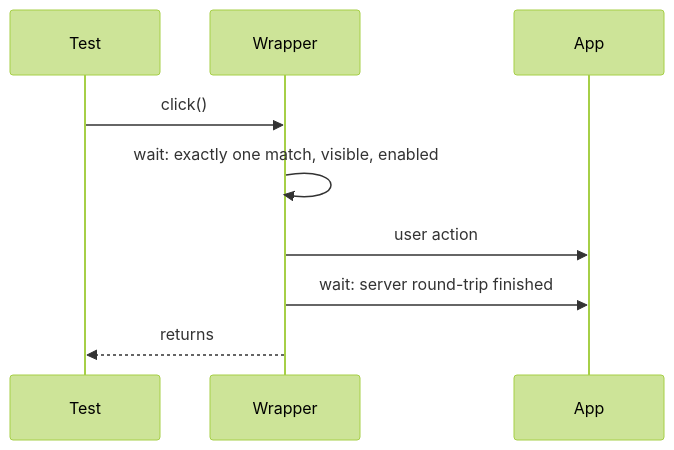
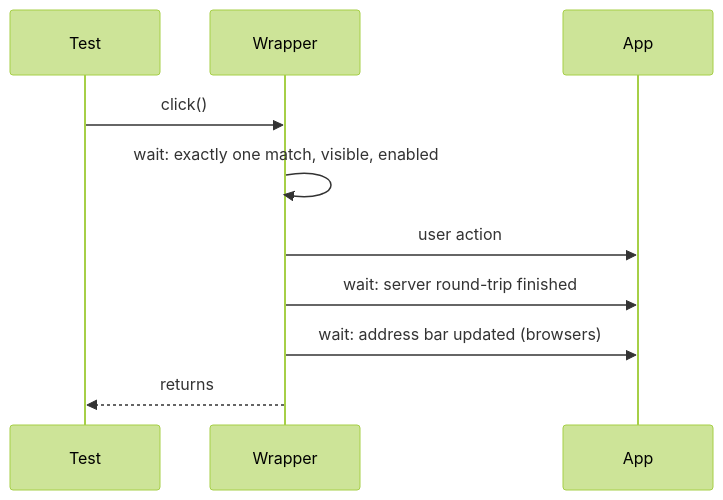
Before and after one commit to parttio/unified-testing-tool: the diagram in docs/spec/05-waiting.md, drawn with Mermaid (forest theme). The commit also changed other lines of this file and 8 other files, not shown here.

First line of the commit message:
Auto-Wait waits for the address bar after a server-side navigation (#233)

````diff
--- a/docs/spec/05-waiting.md
+++ b/docs/spec/05-waiting.md
@@ -9,11 +9,12 @@
 ```mermaid
 sequenceDiagram
     participant T as Test
     participant W as Wrapper
     participant A as App
     T->>W: click()
     W->>W: wait: exactly one match, visible, enabled
     W->>A: user action
     W->>A: wait: server round-trip finished
+    W->>A: wait: address bar updated (browsers)
     W-->>T: returns
 ```
````
